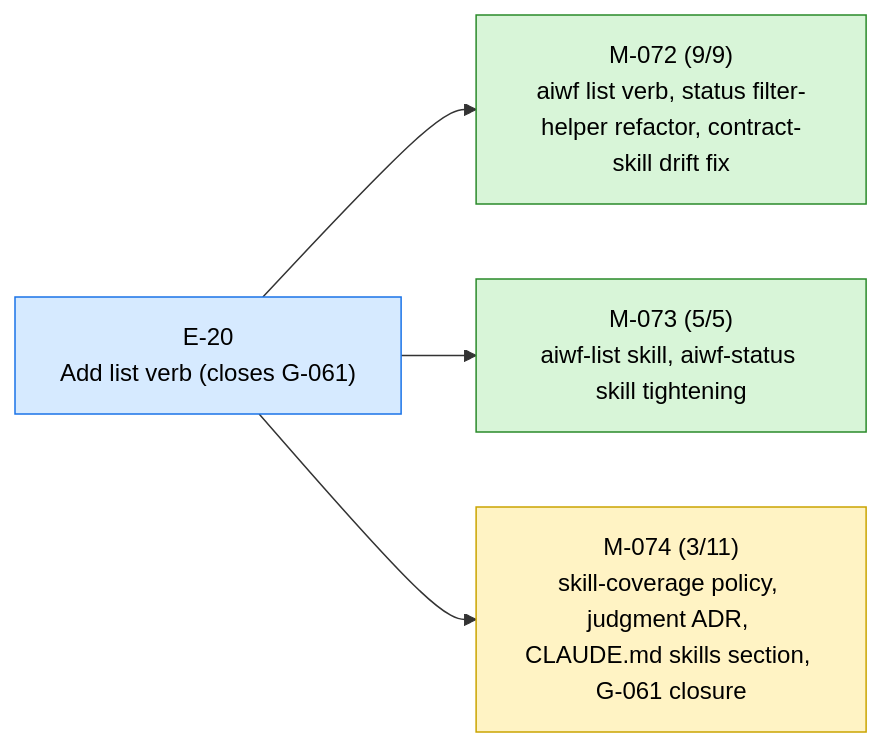
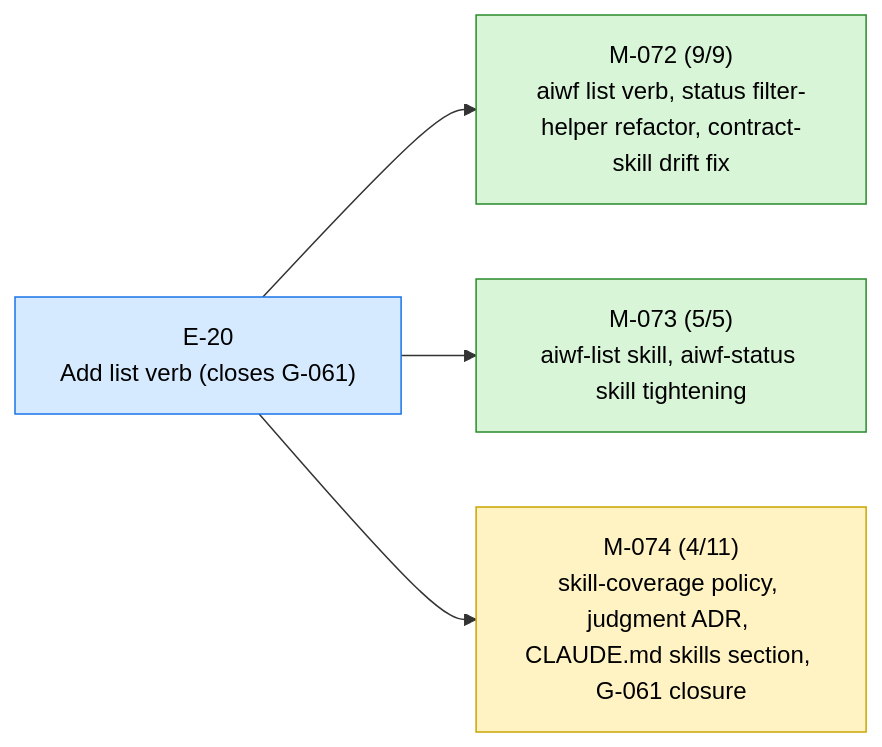
Before and after one commit to 23min/aiwf: the first of 2 diagrams in STATUS.md, drawn with Mermaid. The commit also changed other lines of this file and 1 other file, not shown here.

````diff
--- a/STATUS.md
+++ b/STATUS.md
@@ -13,16 +13,16 @@
 ```mermaid
 flowchart LR
   E_20["E-20<br/>Add list verb (closes G-061)"]:::epic_active
   M_072["M-072 (9/9)<br/>aiwf list verb, status filter-helper refactor, contract-skill drift fix"]:::ms_done
   E_20 --> M_072
   M_073["M-073 (5/5)<br/>aiwf-list skill, aiwf-status skill tightening"]:::ms_done
   E_20 --> M_073
-  M_074["M-074 (3/11)<br/>skill-coverage policy, judgment ADR, CLAUDE.md skills section, G-061 closure"]:::ms_in_progress
+  M_074["M-074 (4/11)<br/>skill-coverage policy, judgment ADR, CLAUDE.md skills section, G-061 closure"]:::ms_in_progress
   E_20 --> M_074
   classDef epic_active fill:#d6eaff,stroke:#1a73e8,color:#000
   classDef epic_proposed fill:#f4f4f4,stroke:#888,color:#000
   classDef ms_done fill:#d8f5d8,stroke:#2a8a2a,color:#000
   classDef ms_in_progress fill:#fff3c4,stroke:#caa400,color:#000
   classDef ms_draft fill:#f4f4f4,stroke:#888,color:#000
   classDef ms_cancelled fill:#fbeaea,stroke:#c33,color:#000
 ```
````
